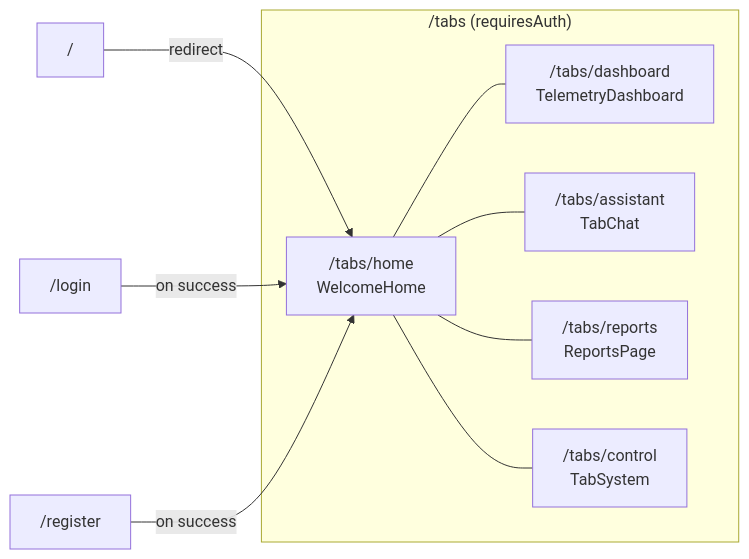
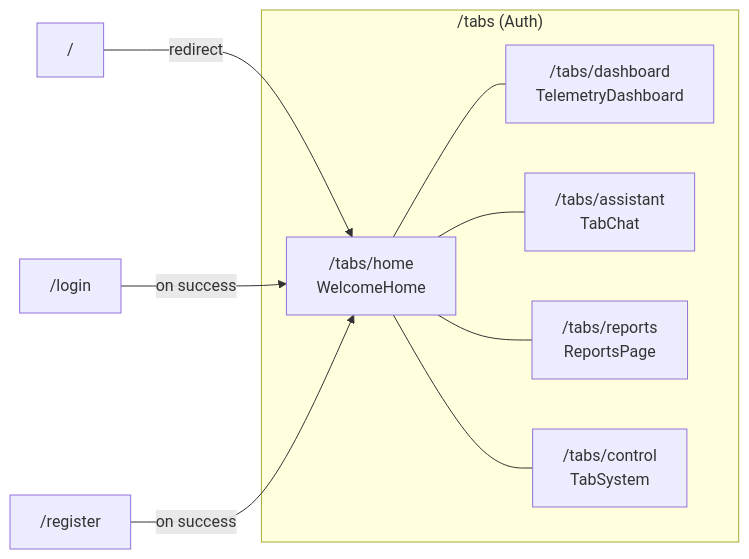
Before and after one commit to LNieto-V/agronexus-ui: the second of 5 diagrams in README.md, drawn with Mermaid. The commit also changed other lines of this file and 40 other files, not shown here.

````diff
--- a/README.md
+++ b/README.md
@@ -63,19 +65,16 @@
 ```mermaid
 graph LR
     Root["/"] -->|redirect| Home
     Login["/login"] -->|on success| Home
     Register["/register"] -->|on success| Home
 
-    subgraph Authenticated["/tabs (requiresAuth)"]
+    subgraph Authenticated["/tabs (Auth)"]
         Home["/tabs/home<br/>WelcomeHome"]
         Dashboard["/tabs/dashboard<br/>TelemetryDashboard"]
         Chat["/tabs/assistant<br/>TabChat"]
         Reports["/tabs/reports<br/>ReportsPage"]
         System["/tabs/control<br/>TabSystem"]
     end
 
-    Home --- Dashboard
-    Home --- Chat
-    Home --- Reports
-    Home --- System
+    Home --- Dashboard & Chat & Reports & System
 ```
````
